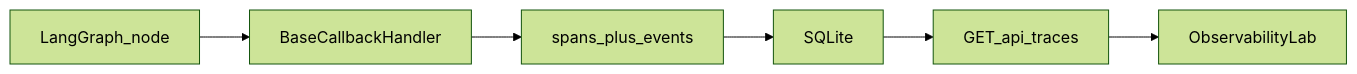
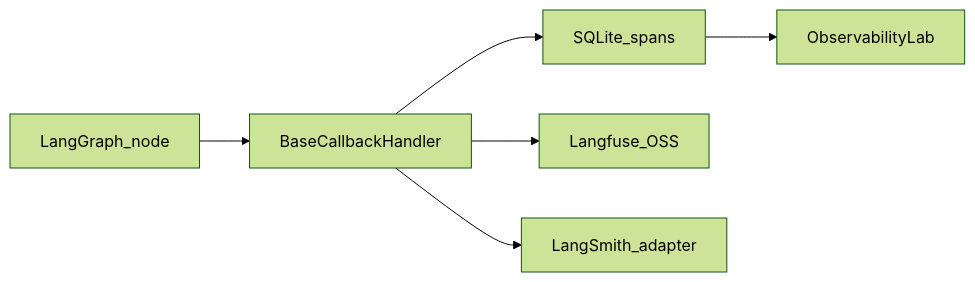
Before and after one commit to AdamCage/scoring-ai-agents-langchain: the diagram in docs/screenshots/diagrams/observability-pipeline.mmd, drawn with Mermaid (forest theme). The commit also changed 80 other files, not shown here.

```diff
--- a/docs/screenshots/diagrams/observability-pipeline.mmd
+++ b/docs/screenshots/diagrams/observability-pipeline.mmd
@@ -1,9 +1,11 @@
 flowchart LR
   Node[LangGraph_node]
   Callback[BaseCallbackHandler]
-  Span[spans_plus_events]
-  SQLite[SQLite]
-  API[GET_api_traces]
+  Local[SQLite_spans]
+  Langfuse[Langfuse_OSS]
+  LangSmith[LangSmith_adapter]
   UI[ObservabilityLab]
-
-  Node --> Callback --> Span --> SQLite --> API --> UI
+  Node --> Callback
+  Callback --> Local --> UI
+  Callback --> Langfuse
+  Callback --> LangSmith
```
